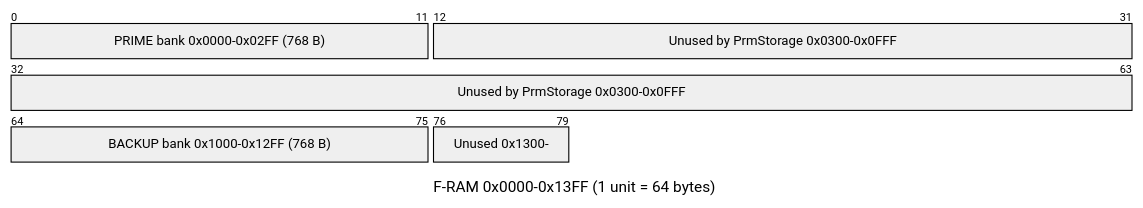
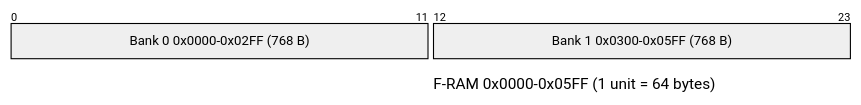
One commit to fprime-community/fprime-samd changed the second of 5 diagrams in fprime-samd/Svc/StaticPrmDb/docs/sdd.md. Above: the diagram before and after it, drawn with Mermaid. The commit also changed other lines of this file and 17 other files, not shown here.

First line of the commit message:
Clean up parameters and make prm storage arbitrary count (#71)

````diff
--- a/fprime-samd/Svc/StaticPrmDb/docs/sdd.md
+++ b/fprime-samd/Svc/StaticPrmDb/docs/sdd.md
@@ -120,10 +120,8 @@
 ```mermaid
 ---
-title: "F-RAM 0x0000-0x13FF (1 unit = 64 bytes)"
+title: "F-RAM 0x0000-0x05FF (1 unit = 64 bytes)"
 ---
 packet-beta
-0-11: "PRIME bank 0x0000-0x02FF (768 B)"
-12-63: "Unused by PrmStorage 0x0300-0x0FFF"
-64-75: "BACKUP bank 0x1000-0x12FF (768 B)"
-76-79: "Unused 0x1300-"
+0-11: "Bank 0 0x0000-0x02FF (768 B)"
+12-23: "Bank 1 0x0300-0x05FF (768 B)"
 ```
````
